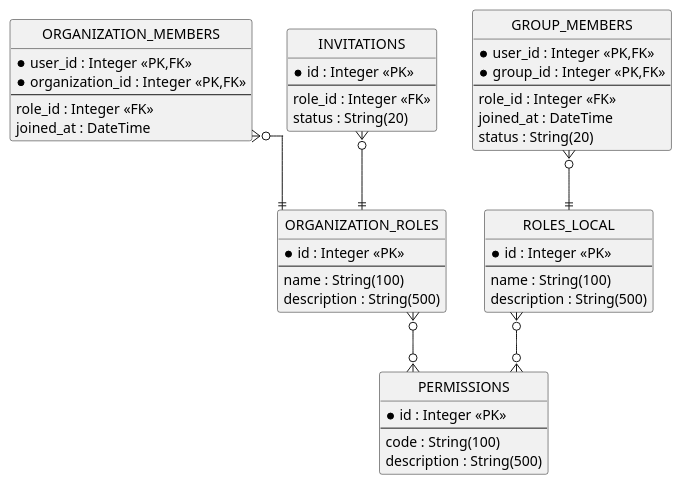
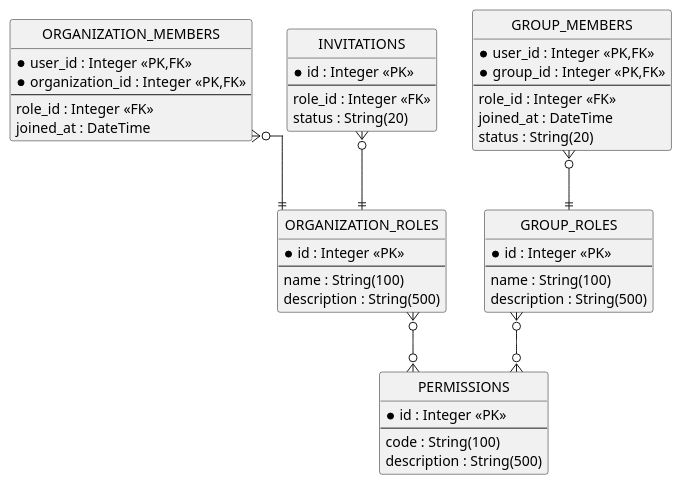
Before and after one commit to yasunobu-nonaka/nextjs-flask-labnoteapp: the diagram in docs/diagrams/er-rbac.puml, drawn with PlantUML. The commit also changed 16 other files, not shown here.

First line of the commit message:
Rename RoleLocal to GroupRole for clarity

```diff
--- a/docs/diagrams/er-rbac.puml
+++ b/docs/diagrams/er-rbac.puml
@@ -1,58 +1,58 @@
 @startuml rbac
 skinparam backgroundColor white
 skinparam linetype ortho
 hide circle
 hide empty methods
 hide empty members
 
 entity "ORGANIZATION_MEMBERS" as ORGANIZATION_MEMBERS {
   * user_id : Integer <<PK,FK>>
   * organization_id : Integer <<PK,FK>>
   --
   role_id : Integer <<FK>>
   joined_at : DateTime
 }
 
 entity "INVITATIONS" as INVITATIONS {
   * id : Integer <<PK>>
   --
   role_id : Integer <<FK>>
   status : String(20)
 }
 
 entity "ORGANIZATION_ROLES" as ORGANIZATION_ROLES {
   * id : Integer <<PK>>
   --
   name : String(100)
   description : String(500)
 }
 
 entity "GROUP_MEMBERS" as GROUP_MEMBERS {
   * user_id : Integer <<PK,FK>>
   * group_id : Integer <<PK,FK>>
   --
   role_id : Integer <<FK>>
   joined_at : DateTime
   status : String(20)
 }
 
-entity "ROLES_LOCAL" as ROLES_LOCAL {
+entity "GROUP_ROLES" as GROUP_ROLES {
   * id : Integer <<PK>>
   --
   name : String(100)
   description : String(500)
 }
 
 entity "PERMISSIONS" as PERMISSIONS {
   * id : Integer <<PK>>
   --
   code : String(100)
   description : String(500)
 }
 
 ORGANIZATION_MEMBERS }o--|| ORGANIZATION_ROLES
 INVITATIONS }o--|| ORGANIZATION_ROLES
 ORGANIZATION_ROLES }o--o{ PERMISSIONS
-GROUP_MEMBERS }o--|| ROLES_LOCAL
-ROLES_LOCAL }o--o{ PERMISSIONS
+GROUP_MEMBERS }o--|| GROUP_ROLES
+GROUP_ROLES }o--o{ PERMISSIONS
 @enduml
```
